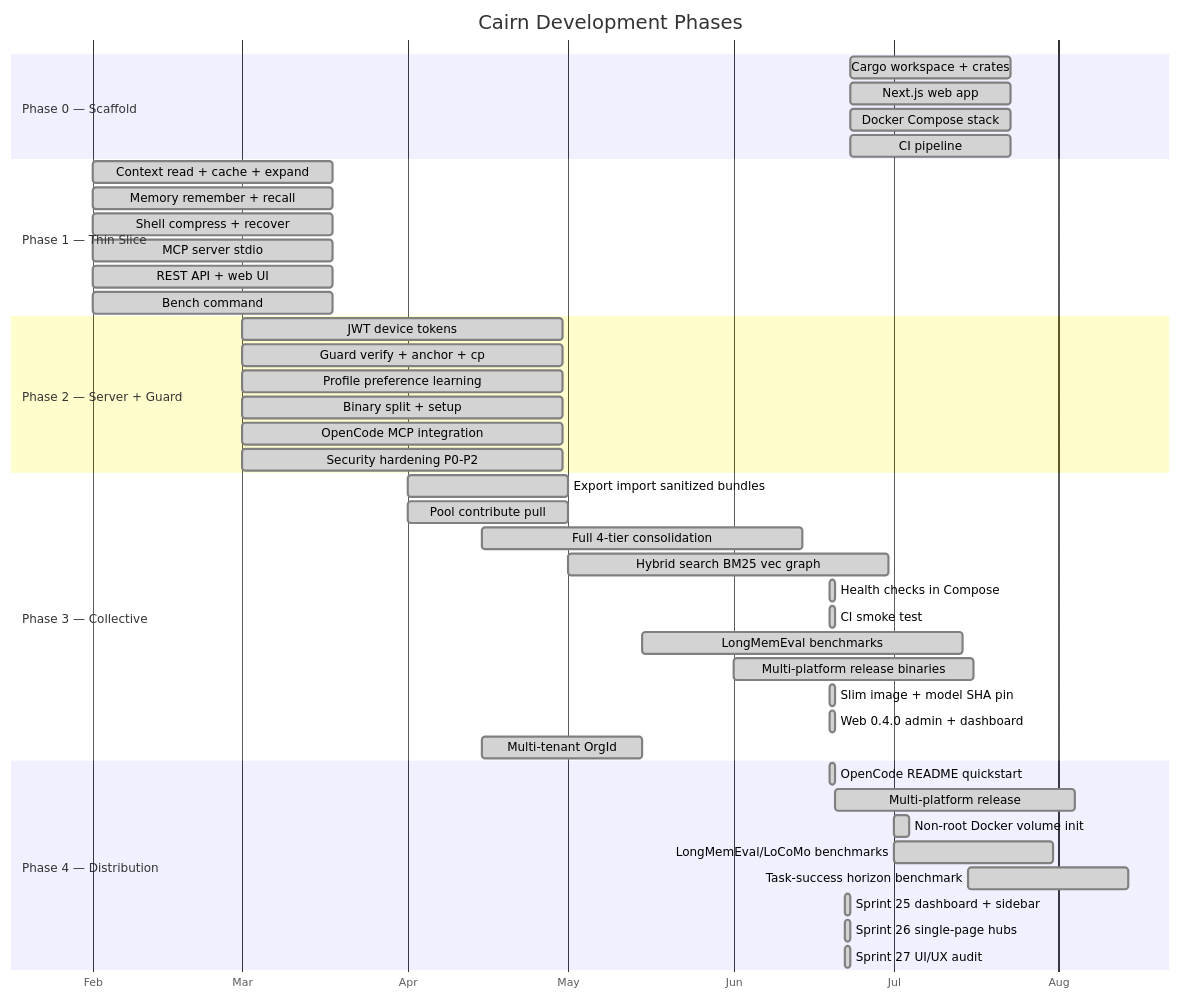
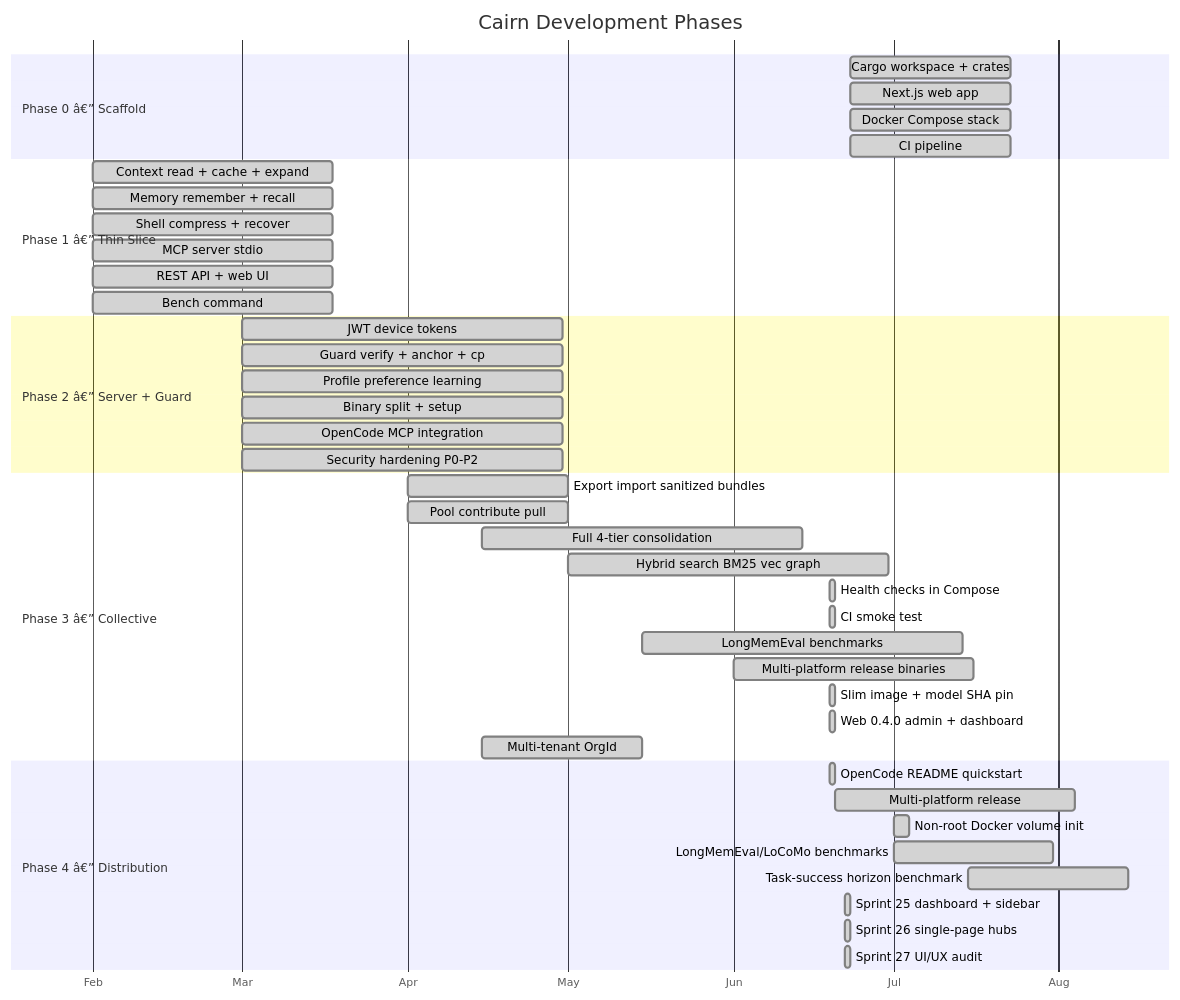
Before and after one commit to Vellixia/cairn: the diagram in docs/ROADMAP.md, drawn with Mermaid. The commit also changed other lines of this file and 38 other files, not shown here.

````diff
--- a/docs/ROADMAP.md
+++ b/docs/ROADMAP.md
@@ -5,51 +5,51 @@
 ```mermaid
 gantt
     title Cairn Development Phases
     dateFormat 2026-01-01
     axisFormat %b
 
-    section Phase 0 — Scaffold
+    section Phase 0 â€” Scaffold
     Cargo workspace + crates       :done, p0a, 2026-01-01, 30d
     Next.js web app                :done, p0b, 2026-01-01, 30d
     Docker Compose stack           :done, p0c, 2026-01-01, 30d
     CI pipeline                    :done, p0d, 2026-01-01, 30d
 
-    section Phase 1 — Thin Slice
+    section Phase 1 â€” Thin Slice
     Context read + cache + expand  :done, p1a, 2026-02-01, 45d
     Memory remember + recall       :done, p1b, 2026-02-01, 45d
     Shell compress + recover       :done, p1c, 2026-02-01, 45d
     MCP server stdio               :done, p1d, 2026-02-01, 45d
     REST API + web UI              :done, p1e, 2026-02-01, 45d
     Bench command                  :done, p1f, 2026-02-01, 45d
 
-    section Phase 2 — Server + Guard
+    section Phase 2 â€” Server + Guard
     JWT device tokens              :done, p2a, 2026-03-01, 60d
     Guard verify + anchor + cp     :done, p2b, 2026-03-01, 60d
     Profile preference learning    :done, p2c, 2026-03-01, 60d
     Binary split + setup           :done, p2d, 2026-03-01, 60d
     OpenCode MCP integration       :done, p2e, 2026-03-01, 60d
     Security hardening P0-P2       :done, p2f, 2026-03-01, 60d
 
-    section Phase 3 — Collective
+    section Phase 3 â€” Collective
     Export import sanitized bundles :done, p3a, 2026-04-01, 30d
     Pool contribute pull           :done, p3b, 2026-04-01, 30d
     Full 4-tier consolidation      :done, p3c, 2026-04-15, 60d
     Hybrid search BM25 vec graph   :done, p3d, 2026-05-01, 60d
     Health checks in Compose       :done, p3e, 2026-06-19, 1d
     CI smoke test                  :done, p3f, 2026-06-19, 1d
     LongMemEval benchmarks         :done, p3g, 2026-05-15, 60d
     Multi-platform release binaries :done, p3i, 2026-06-01, 45d
     Slim image + model SHA pin     :done, p3j, 2026-06-19, 1d
     Web 0.4.0 admin + dashboard    :done, p3k, 2026-06-19, 1d
     Multi-tenant OrgId             :done, p3t, 2026-04-15, 30d
 
-    section Phase 4 — Distribution
+    section Phase 4 â€” Distribution
     OpenCode README quickstart     :done, p4a, 2026-06-19, 1d
     Multi-platform release         :done, p4b, 2026-06-20, 45d
     Non-root Docker volume init    :done, p4e, 2026-07-01, 3d
     LongMemEval/LoCoMo benchmarks  :done, p4f, 2026-07-01, 30d
     Task-success horizon benchmark :done, p4g, 2026-07-15, 30d
     Sprint 25 dashboard + sidebar  :done, p4h, 2026-06-22, 1d
     Sprint 26 single-page hubs     :done, p4i, 2026-06-22, 1d
     Sprint 27 UI/UX audit          :done, p4j, 2026-06-22, 1d
 ```
````
